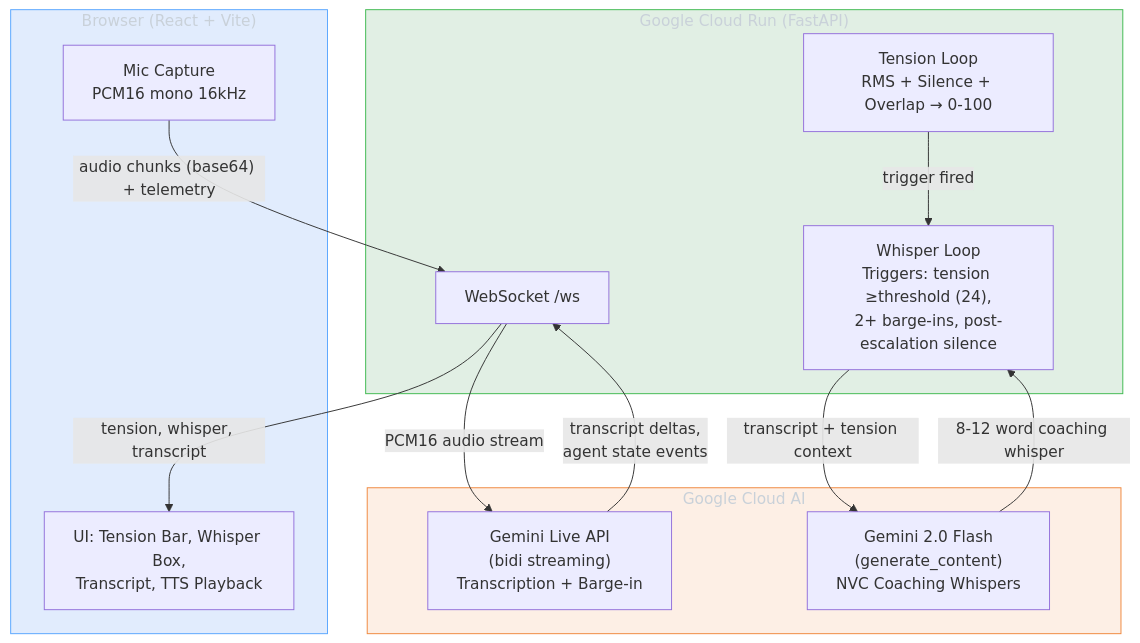
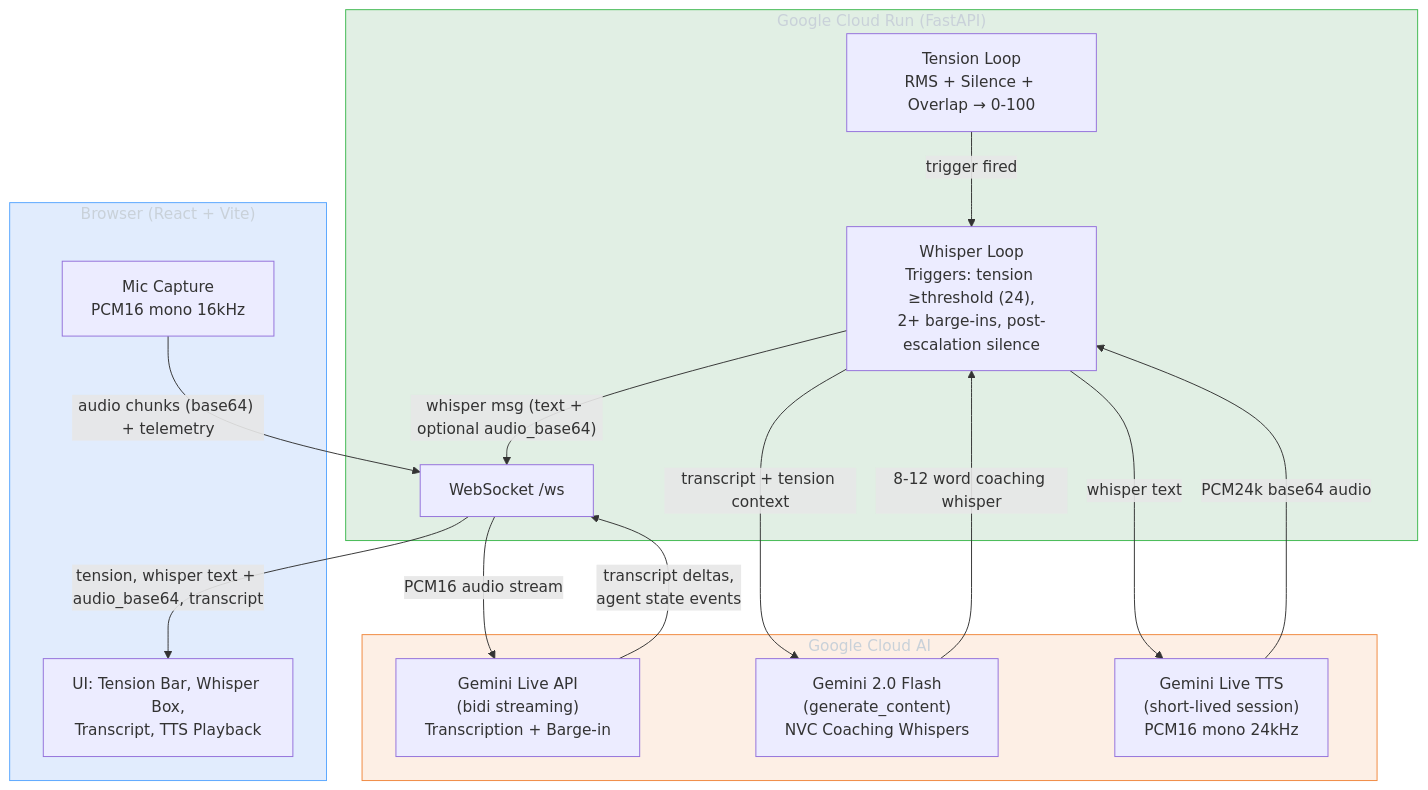
Before and after one commit to prabhakaran-jm/gemini-live-empathic-copilot: the diagram in docs/ARCHITECTURE.md, drawn with Mermaid. The commit also changed other lines of this file and 5 other files, not shown here.

Commit message:
chore: default COACHING_LIVE_AUDIO=1, ARCHITECTURE Live TTS, README env table, tension docstring

````diff
--- a/docs/ARCHITECTURE.md
+++ b/docs/ARCHITECTURE.md
@@ -5,30 +5,34 @@
 ```mermaid
 graph TB
     subgraph Browser ["Browser (React + Vite)"]
         MIC["Mic Capture<br/>PCM16 mono 16kHz"]
         UI["UI: Tension Bar, Whisper Box,<br/>Transcript, TTS Playback"]
     end
 
     subgraph CloudRun ["Google Cloud Run (FastAPI)"]
         WS["WebSocket /ws"]
         TL["Tension Loop<br/>RMS + Silence + Overlap → 0-100"]
         WL["Whisper Loop<br/>Triggers: tension ≥threshold (24),<br/>2+ barge-ins, post-escalation silence"]
     end
 
     subgraph GCP ["Google Cloud AI"]
         LIVE["Gemini Live API<br/>(bidi streaming)<br/>Transcription + Barge-in"]
         FLASH["Gemini 2.0 Flash<br/>(generate_content)<br/>NVC Coaching Whispers"]
+        LIVETTS["Gemini Live TTS<br/>(short-lived session)<br/>PCM16 mono 24kHz"]
     end
 
     MIC -- "audio chunks (base64) + telemetry" --> WS
-    WS -- "tension, whisper, transcript" --> UI
+    WS -- "tension, whisper text + audio_base64, transcript" --> UI
     WS -- "PCM16 audio stream" --> LIVE
     LIVE -- "transcript deltas,<br/>agent state events" --> WS
     TL -- "trigger fired" --> WL
     WL -- "transcript + tension context" --> FLASH
     FLASH -- "8-12 word coaching whisper" --> WL
+    WL -- "whisper text" --> LIVETTS
+    LIVETTS -- "PCM24k base64 audio" --> WL
+    WL -- "whisper msg (text + optional audio_base64)" --> WS
 
     style Browser fill:#1f6feb22,stroke:#58a6ff,color:#c9d1d9
     style CloudRun fill:#23863622,stroke:#3fb950,color:#c9d1d9
     style GCP fill:#f0883e22,stroke:#f0883e,color:#c9d1d9
 ```
````
